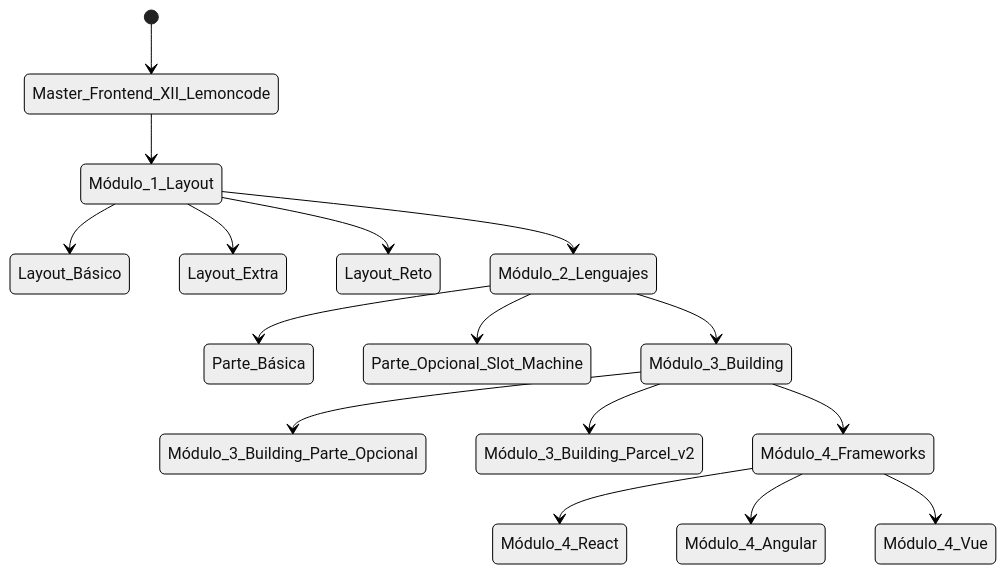
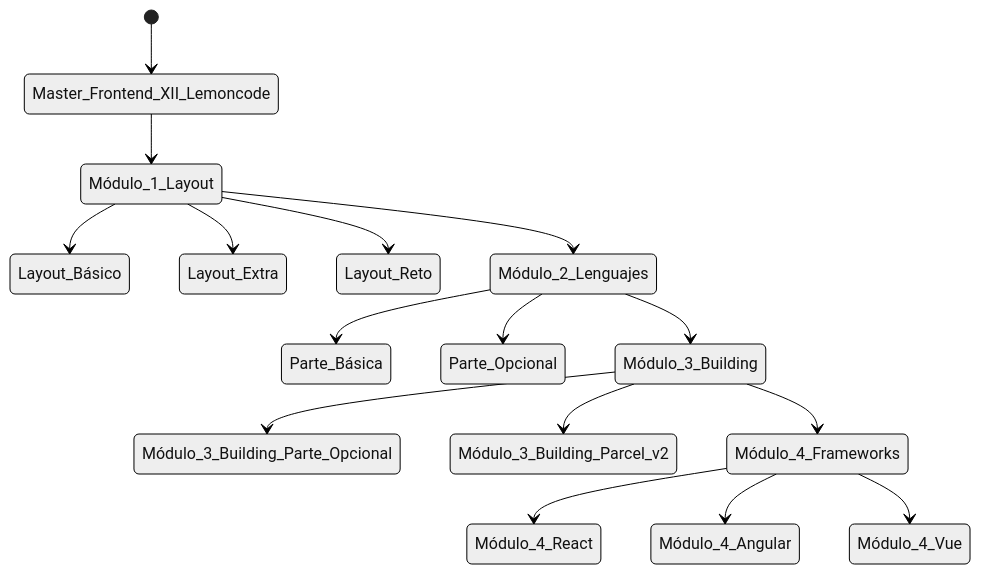
The diagram in README.md (MiguelJiRo/Master-Frontend-XII-Lemoncode), drawn with Mermaid (neutral theme) before and after one commit.

````diff
--- a/README.md
+++ b/README.md
@@ -19,18 +19,18 @@
  ```mermaid
     stateDiagram
         [*] --> Master_Frontend_XII_Lemoncode
         Master_Frontend_XII_Lemoncode --> Módulo_1_Layout
         Módulo_1_Layout --> Layout_Básico 
         Módulo_1_Layout --> Layout_Extra  
         Módulo_1_Layout --> Layout_Reto  
         Módulo_1_Layout --> Módulo_2_Lenguajes
         Módulo_2_Lenguajes --> Parte_Básica 
-        Módulo_2_Lenguajes --> Parte_Opcional_Slot_Machine 
+        Módulo_2_Lenguajes --> Parte_Opcional 
         Módulo_2_Lenguajes --> Módulo_3_Building
         Módulo_3_Building --> Módulo_3_Building_Parte_Opcional
         Módulo_3_Building --> Módulo_3_Building_Parcel_v2
         Módulo_3_Building --> Módulo_4_Frameworks
         Módulo_4_Frameworks --> Módulo_4_React
         Módulo_4_Frameworks --> Módulo_4_Angular
         Módulo_4_Frameworks --> Módulo_4_Vue
  ```
````
